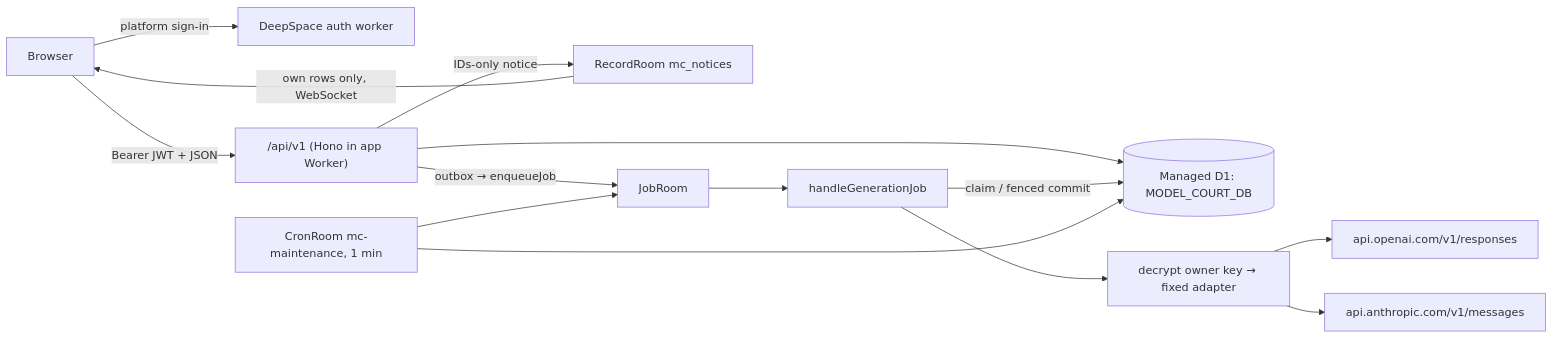
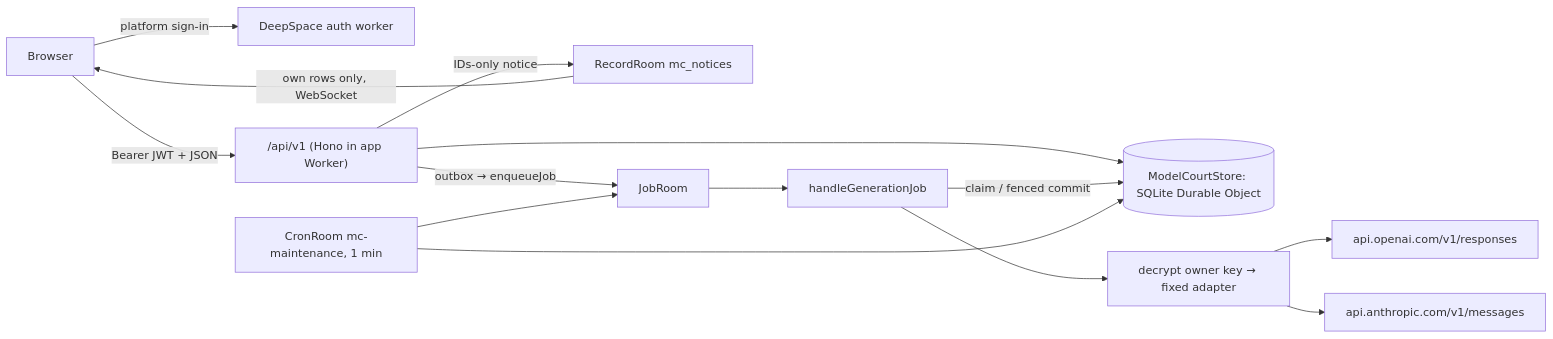
The diagram in docs/architecture.md (avxryn/model-court), drawn with Mermaid before and after one commit. The commit also changed other lines of this file and 14 other files, not shown here.

Commit message:
Store domain data in an app-owned SQLite Durable Object (D1 needs admin tier; D-20)

````diff
--- a/docs/architecture.md
+++ b/docs/architecture.md
@@ -3,16 +3,16 @@
 ```mermaid
 flowchart LR
     B[Browser] -->|platform sign-in| A[DeepSpace auth worker]
     B -->|Bearer JWT + JSON| API["/api/v1 (Hono in app Worker)"]
-    API --> D[(Managed D1: MODEL_COURT_DB)]
+    API --> D[(ModelCourtStore: SQLite Durable Object)]
     API -->|IDs-only notice| R[RecordRoom mc_notices]
     R -->|own rows only, WebSocket| B
     API -->|outbox → enqueueJob| Q[JobRoom]
     Q --> J[handleGenerationJob]
     J -->|claim / fenced commit| D
     J --> K[decrypt owner key → fixed adapter]
     K --> O[api.openai.com/v1/responses]
     K --> N[api.anthropic.com/v1/messages]
     C[CronRoom mc-maintenance, 1 min] --> D
     C --> Q
 ```
````
